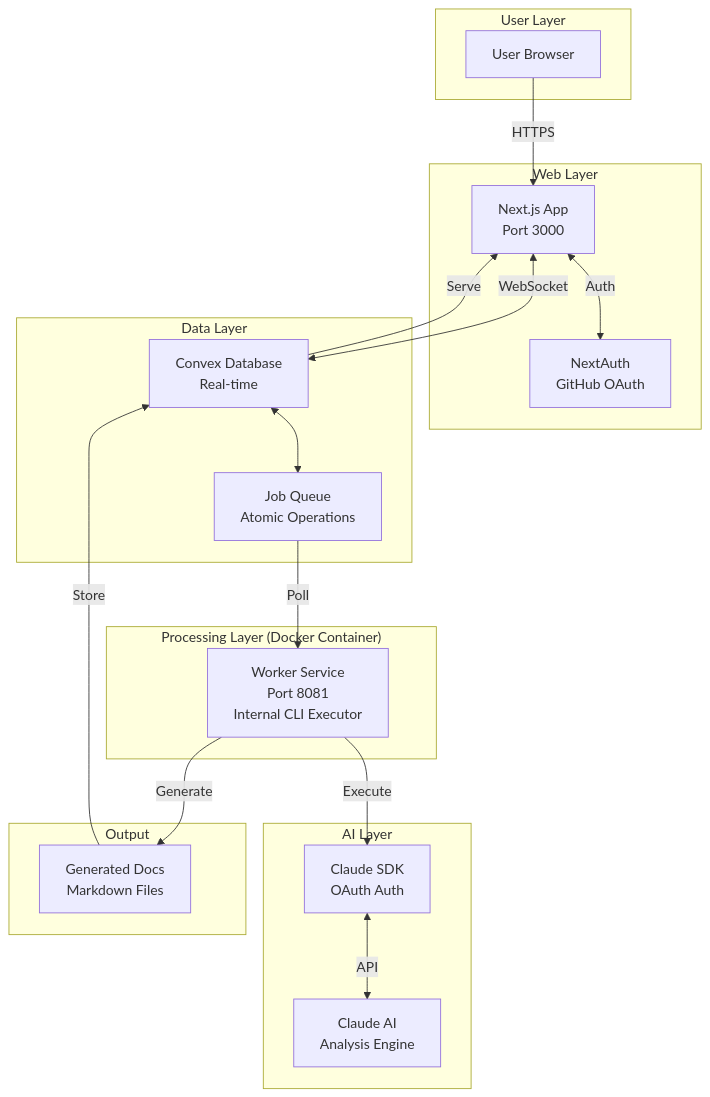
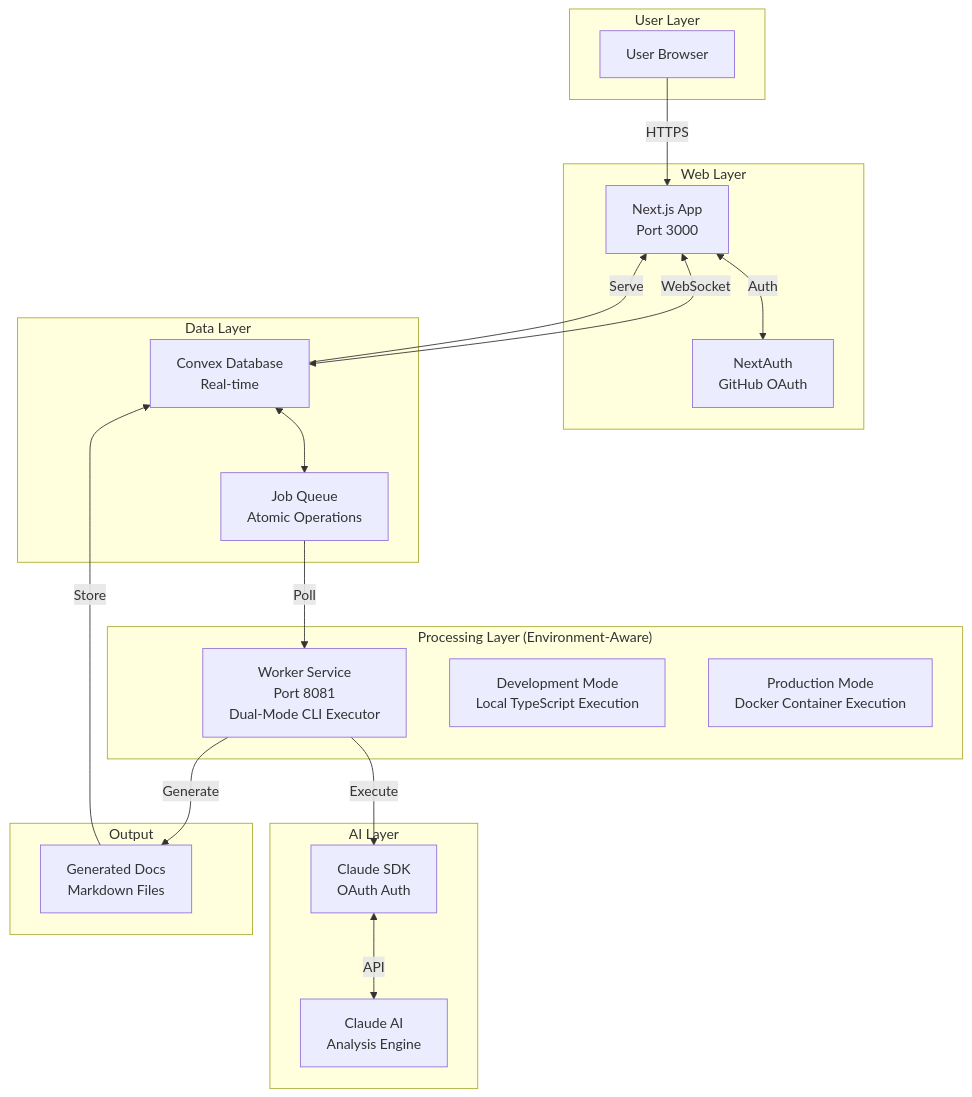
Before and after one commit to Salwen92/fondation-web-app: the first of 2 diagrams in fondation/docs/ARCHITECTURE.md, drawn with Mermaid. The commit also changed other lines of this file and 2 other files, not shown here.

````diff
--- a/fondation/docs/ARCHITECTURE.md
+++ b/fondation/docs/ARCHITECTURE.md
@@ -7,40 +7,42 @@
 ```mermaid
 graph TB
     subgraph "User Layer"
         U[User Browser]
     end
     
     subgraph "Web Layer"
         W[Next.js App<br/>Port 3000]
         A[NextAuth<br/>GitHub OAuth]
     end
     
     subgraph "Data Layer"
         C[Convex Database<br/>Real-time]
         Q[Job Queue<br/>Atomic Operations]
     end
     
-    subgraph "Processing Layer (Docker Container)"
-        WK[Worker Service<br/>Port 8081<br/>Internal CLI Executor]
+    subgraph "Processing Layer (Environment-Aware)"
+        WK[Worker Service<br/>Port 8081<br/>Dual-Mode CLI Executor]
+        DE[Development Mode<br/>Local TypeScript Execution]
+        PE[Production Mode<br/>Docker Container Execution]
     end
     
     subgraph "AI Layer"
         CL[Claude SDK<br/>OAuth Auth]
         AI[Claude AI<br/>Analysis Engine]
     end
     
     subgraph "Output"
         GD[Generated Docs<br/>Markdown Files]
     end
     
     U -->|HTTPS| W
     W <-->|Auth| A
     W <-->|WebSocket| C
     C <--> Q
     Q -->|Poll| WK
     WK -->|Execute| CL
     CL <-->|API| AI
     WK -->|Generate| GD
     GD -->|Store| C
     C -->|Serve| W
 ```
````
